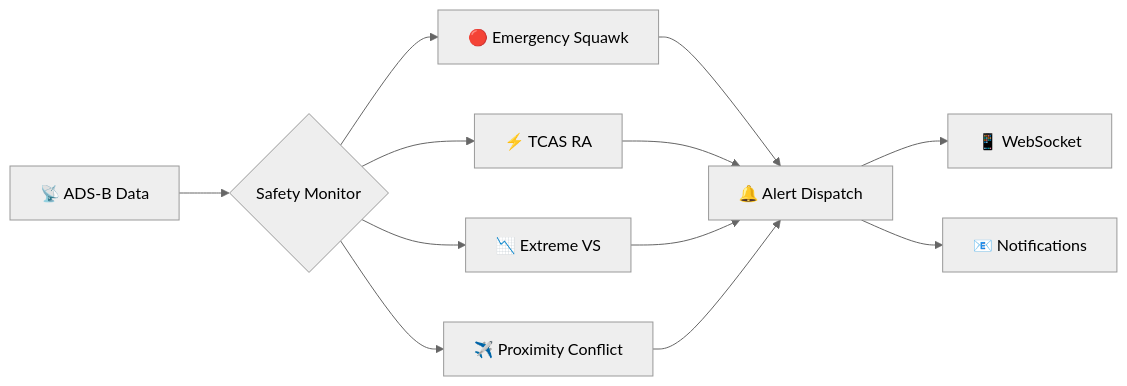
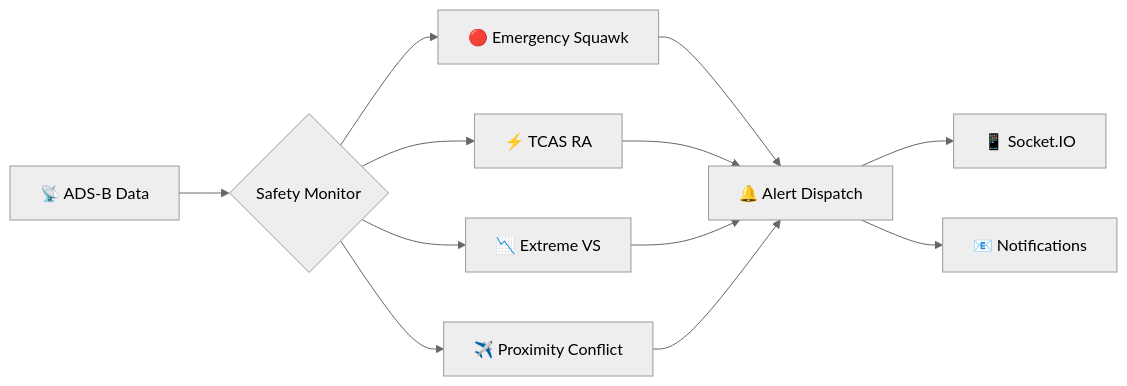
The first of 3 diagrams in docs/13-safety-alerts.md (CHA0S-CORP/SkySpy), drawn with Mermaid (neutral theme) before and after one commit. The commit also changed other lines of this file and 66 other files, not shown here.

````diff
--- a/docs/13-safety-alerts.md
+++ b/docs/13-safety-alerts.md
@@ -36,11 +36,11 @@
 ```mermaid
 flowchart LR
     A[📡 ADS-B Data] --> B{Safety Monitor}
     B --> C[🔴 Emergency Squawk]
     B --> D[⚡ TCAS RA]
     B --> E[📉 Extreme VS]
     B --> F[✈️ Proximity Conflict]
     C & D & E & F --> G[🔔 Alert Dispatch]
-    G --> H[📱 WebSocket]
+    G --> H[📱 Socket.IO]
     G --> I[📧 Notifications]
 ```
````
